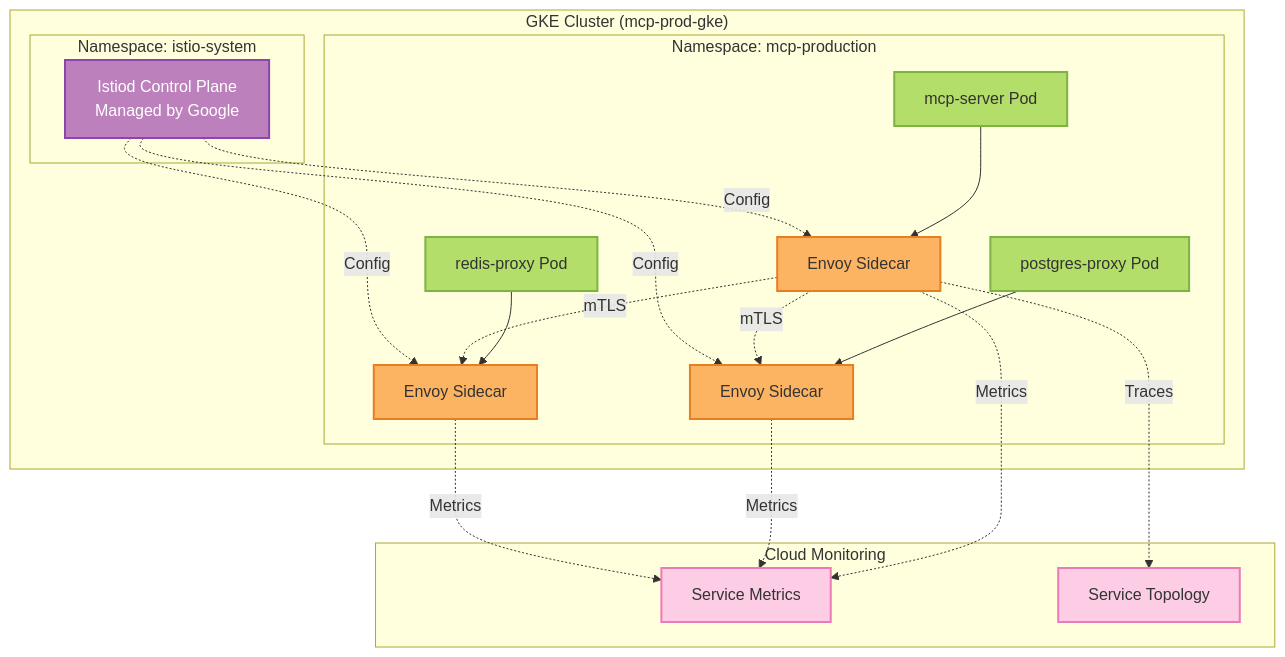
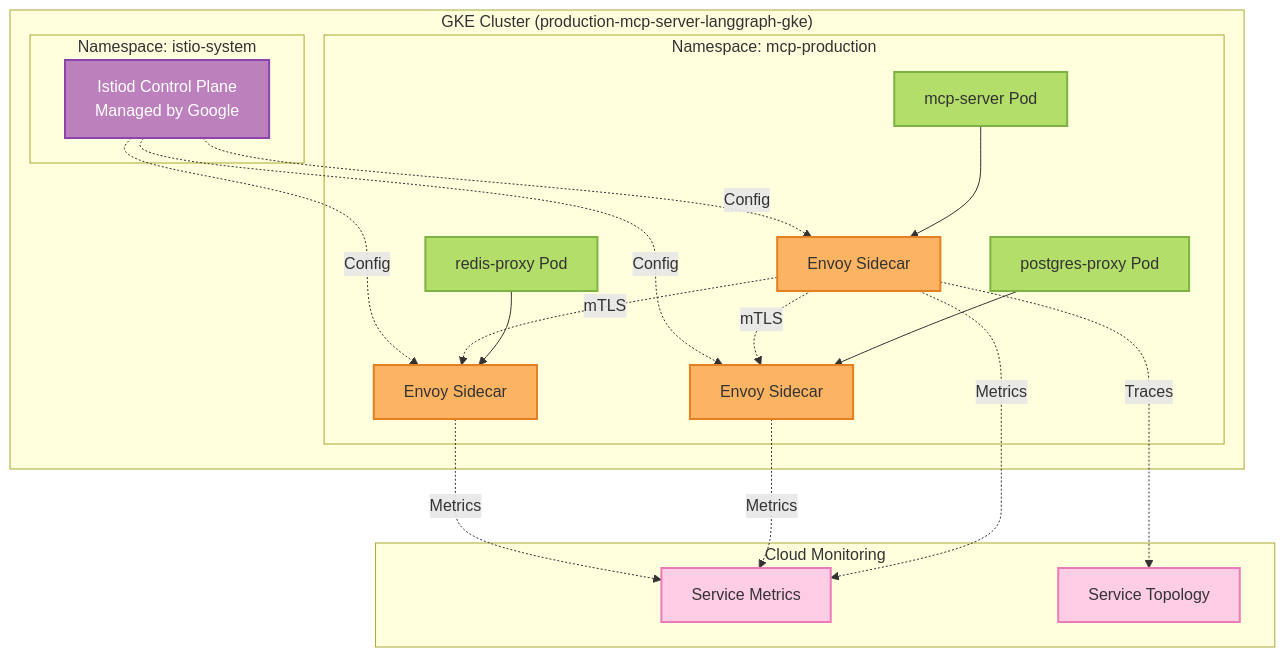
Before and after one commit to vishnu2kmohan/mcp-server-langgraph: the diagram in docs/deployment/service-mesh.mdx, drawn with Mermaid. The commit also changed other lines of this file and 68 other files, not shown here.

````diff
--- a/docs/deployment/service-mesh.mdx
+++ b/docs/deployment/service-mesh.mdx
@@ -92,50 +92,50 @@
 ```mermaid
 flowchart TB
-    subgraph "GKE Cluster (mcp-prod-gke)"
+    subgraph "GKE Cluster (production-mcp-server-langgraph-gke)"
         subgraph "Namespace: istio-system"
             CP[Istiod Control Plane<br/>Managed by Google]
         end
 
         subgraph "Namespace: mcp-production"
             A[mcp-server Pod]
             A1[Envoy Sidecar]
             B[postgres-proxy Pod]
             B1[Envoy Sidecar]
             C[redis-proxy Pod]
             C1[Envoy Sidecar]
         end
 
         A --> A1
         B --> B1
         C --> C1
 
         A1 -.mTLS.-> B1
         A1 -.mTLS.-> C1
 
         CP -.Config.-> A1
         CP -.Config.-> B1
         CP -.Config.-> C1
     end
 
     subgraph "Cloud Monitoring"
         M[Service Metrics]
         T[Service Topology]
     end
 
     A1 -.Metrics.-> M
     B1 -.Metrics.-> M
     C1 -.Metrics.-> M
 
     A1 -.Traces.-> T
 
     %% ColorBrewer2 Set3 palette - each component type uniquely colored
     classDef controlPlaneStyle fill:#bc80bd,stroke:#8e44ad,stroke-width:2px,color:#fff
     classDef appPodStyle fill:#b3de69,stroke:#7cb342,stroke-width:2px,color:#333
     classDef sidecarStyle fill:#fdb462,stroke:#e67e22,stroke-width:2px,color:#333
     classDef monitoringStyle fill:#fccde5,stroke:#ec7ab8,stroke-width:2px,color:#333
 
     class CP controlPlaneStyle
     class A,B,C appPodStyle
     class A1,B1,C1 sidecarStyle
     class M,T monitoringStyle
 ```
````
